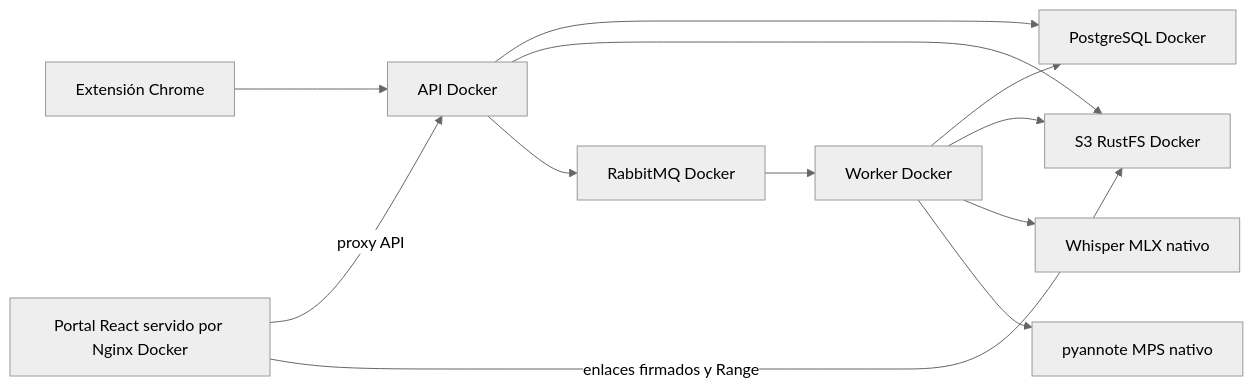
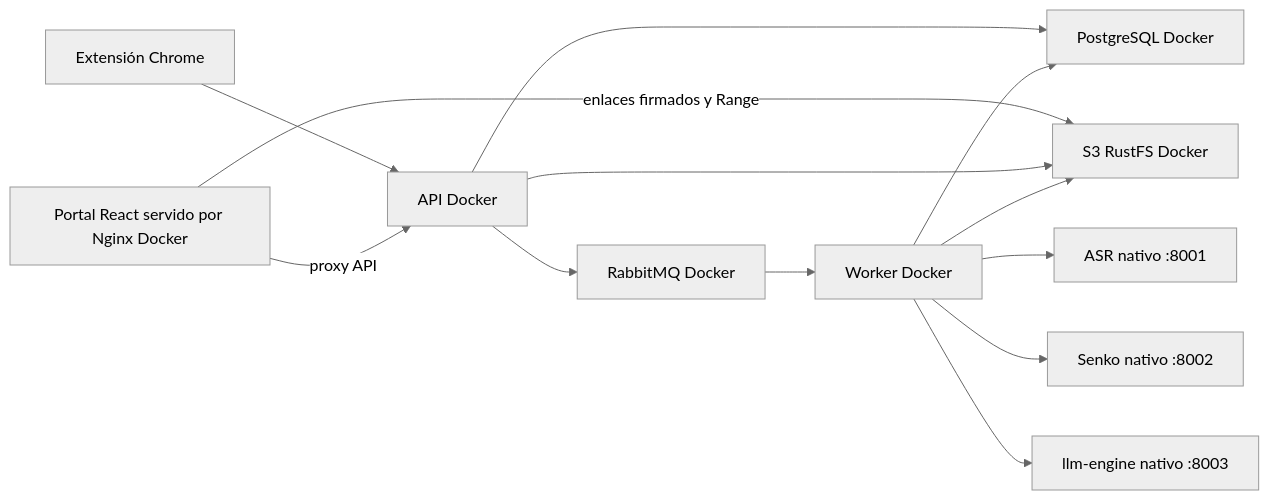
Before and after one commit to lufermalgo/sauri: the diagram in docs/architecture/overview.md, drawn with Mermaid (neutral theme). The commit also changed other lines of this file and 2 other files, not shown here.

````diff
--- a/docs/architecture/overview.md
+++ b/docs/architecture/overview.md
@@ -27,14 +49,15 @@
 ```mermaid
 graph LR
   E[Extensión Chrome] --> A[API Docker]
   P[Portal React servido por Nginx Docker] -->|proxy API| A
   P -->|enlaces firmados y Range| S
   A --> D[PostgreSQL Docker]
   A --> S[S3 RustFS Docker]
   A --> Q[RabbitMQ Docker]
   Q --> W[Worker Docker]
   W --> D
   W --> S
-  W --> T[Whisper MLX nativo]
-  W --> H[pyannote MPS nativo]
+  W --> T[ASR nativo :8001]
+  W --> H[Senko nativo :8002]
+  W --> L[llm-engine nativo :8003]
 ```
````
